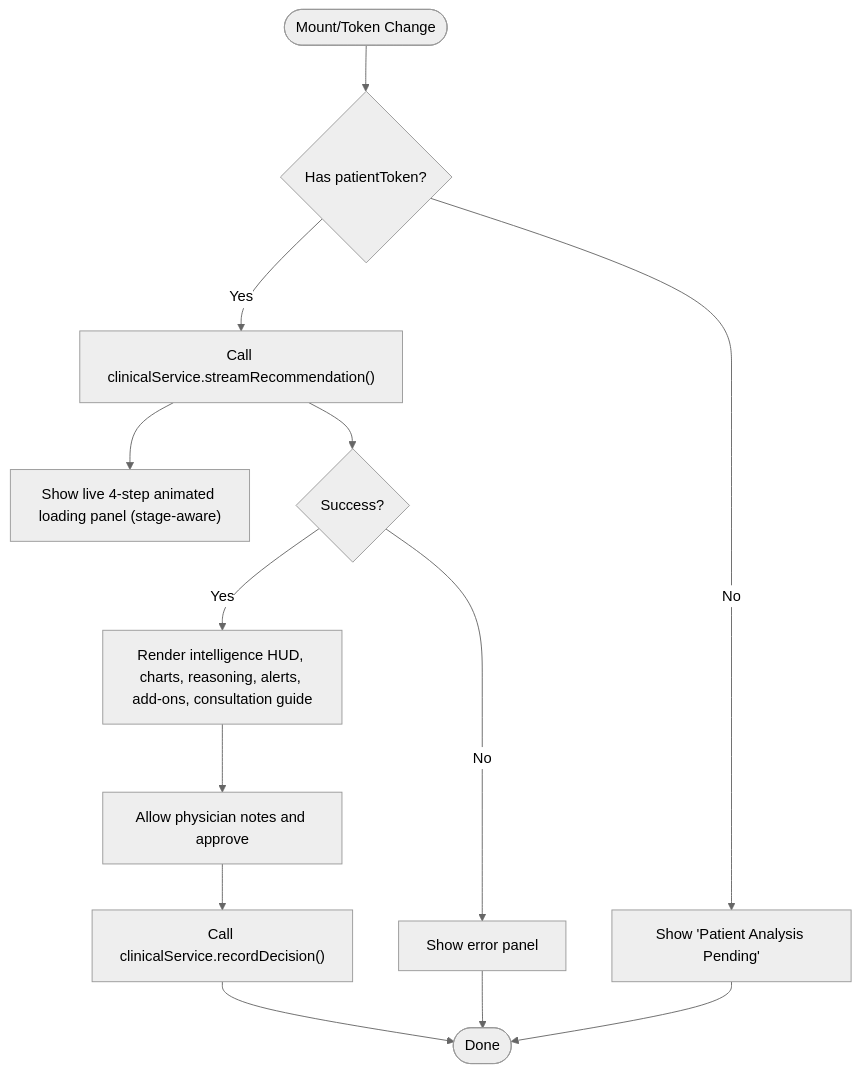
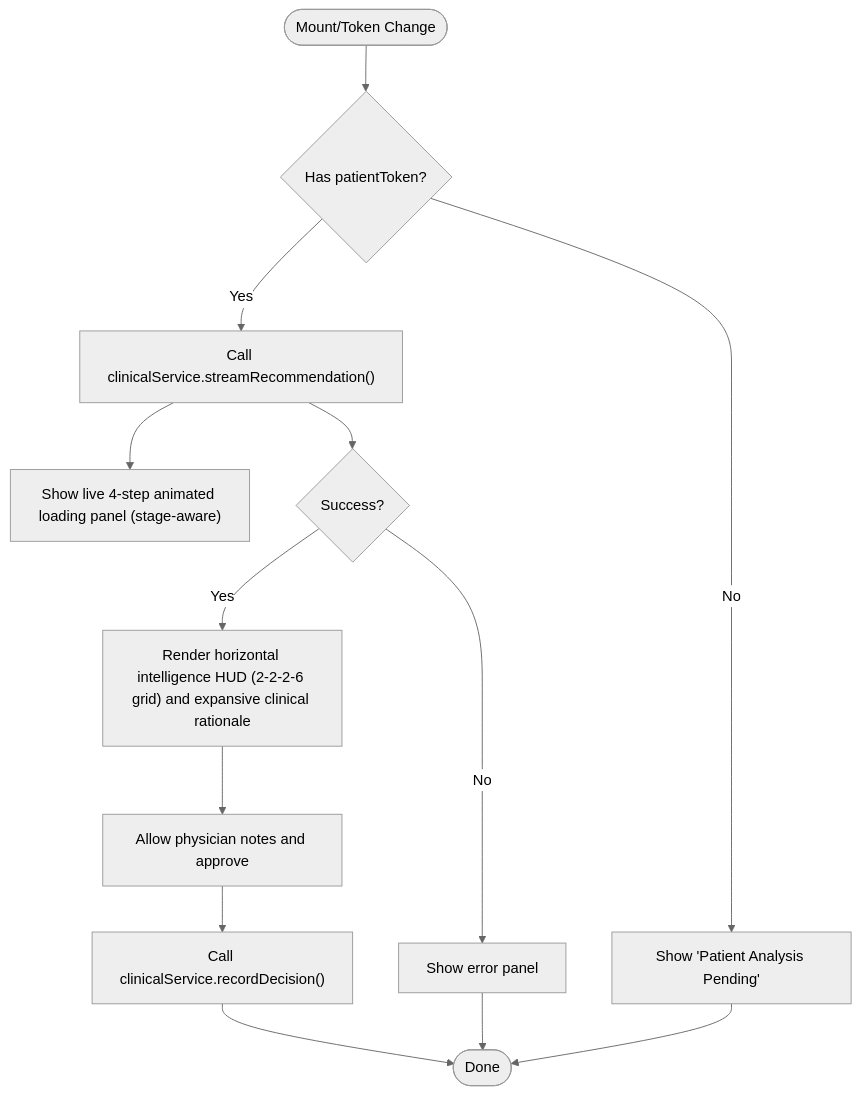
The fourth of 9 diagrams in POC/v4/.qoder/repowiki/en/content/Frontend Application/Frontend Application.md (vdat-18/navaveij), drawn with Mermaid (neutral theme) before and after one commit. The commit also changed other lines of this file and 25 other files, not shown here.

````diff
--- a/POC/v4/.qoder/repowiki/en/content/Frontend Application/Frontend Application.md
+++ b/POC/v4/.qoder/repowiki/en/content/Frontend Application/Frontend Application.md
@@ -256,15 +257,15 @@
 ```mermaid
 flowchart TD
 Start(["Mount/Token Change"]) --> CheckToken{"Has patientToken?"}
 CheckToken --> |No| EmptyState["Show 'Patient Analysis Pending'"]
 CheckToken --> |Yes| Fetch["Call clinicalService.streamRecommendation()"]
 Fetch --> Loading["Show live 4-step animated loading panel (stage-aware)"]
 Fetch --> Ok{"Success?"}
 Ok --> |No| Error["Show error panel"]
-Ok --> |Yes| Render["Render intelligence HUD, charts, reasoning, alerts, add-ons, consultation guide"]
+Ok --> |Yes| Render["Render horizontal intelligence HUD (2-2-2-6 grid) and expansive clinical rationale"]
 Render --> Decision["Allow physician notes and approve"]
 Decision --> Approve["Call clinicalService.recordDecision()"]
 Approve --> Done(["Done"])
 Error --> Done
 EmptyState --> Done
 ```
````
